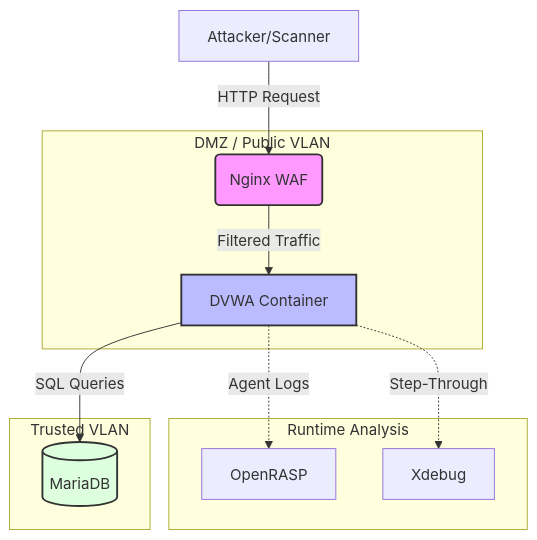
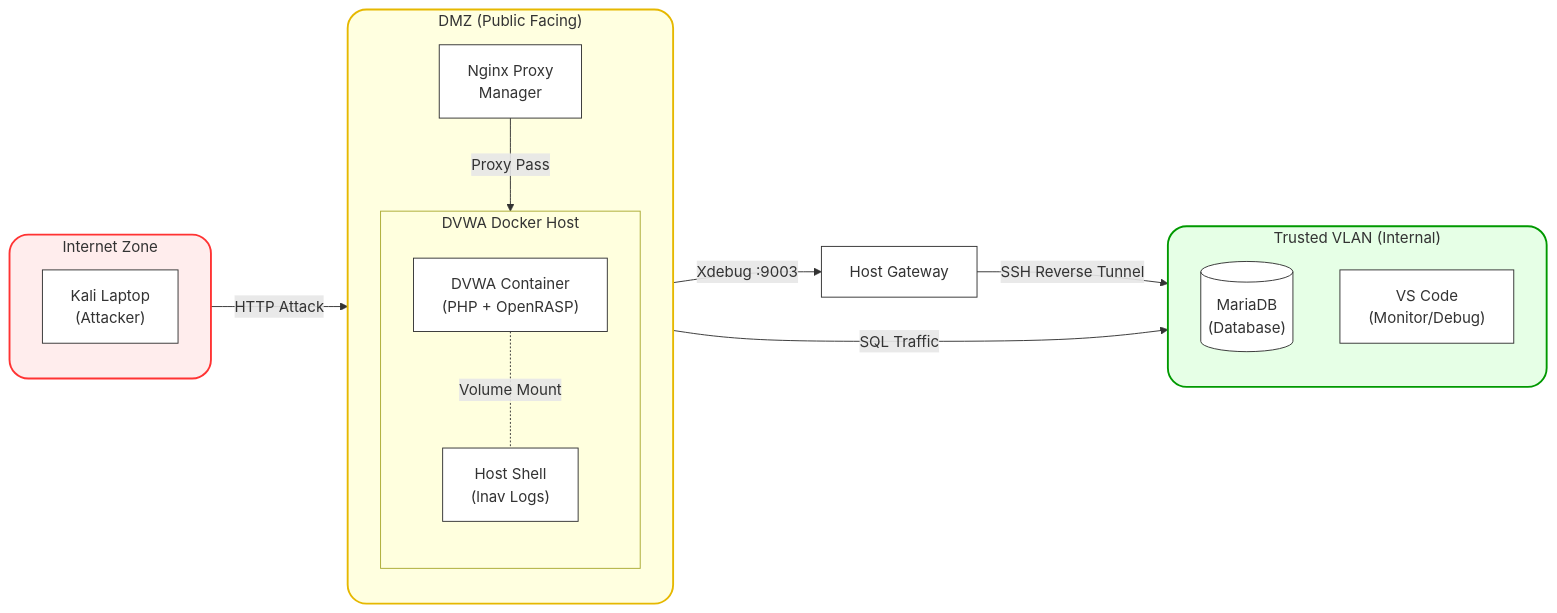
Before and after one commit to coolcalmjoe/SecuringDVWA: the diagram in README.md, drawn with Mermaid. The commit also changed other lines of this file, not shown here.

Commit message:
Revise README with updated project details and technologies
Updated README to reflect new technologies and objectives in the DevSecOps laboratory.

````diff
--- a/README.md
+++ b/README.md
@@ -15,18 +22,49 @@
 ```mermaid
-graph TD
-    User[Attacker/Scanner] -->|HTTP Request| WAF(Nginx WAF)
-    subgraph "DMZ / Public VLAN"
-    WAF -->|Filtered Traffic| App[DVWA Container]
+graph LR
+    %% Zone Styles
+    classDef internet fill:#ffeded,stroke:#ff3333,stroke-width:2px,rx:20,ry:20;
+    classDef dmz fill:#ffffe0,stroke:#e6b800,stroke-width:2px,rx:20,ry:20;
+    classDef trusted fill:#e6ffe6,stroke:#009900,stroke-width:2px,rx:20,ry:20;
+    classDef component fill:#ffffff,stroke:#333,stroke-width:1px;
+
+    %% ZONE: INTERNET
+    subgraph Internet_Zone ["Internet Zone"]
+        direction TB
+        Kali["Kali Laptop<br/>(Attacker)"]:::component
     end
-    subgraph "Runtime Analysis"
-    App -.->|Agent Logs| RASP[OpenRASP]
-    App -.->|Step-Through| Debug[Xdebug]
+
+    %% ZONE: DMZ
+    subgraph DMZ_Zone ["DMZ (Public Facing)"]
+        direction TB
+        NPM["Nginx Proxy<br/>Manager"]:::component
+        
+        subgraph DVWA_Host ["DVWA Docker Host"]
+            direction TB
+            DVWA["DVWA Container<br/>(PHP + OpenRASP)"]:::component
+            HostShell["Host Shell<br/>(lnav Logs)"]:::component
+        end
     end
-    subgraph "Trusted VLAN"
-    App -->|SQL Queries| DB[(MariaDB)]
+
+    %% ZONE: TRUSTED VLAN
+    subgraph Trusted_Zone ["Trusted VLAN (Internal)"]
+        direction TB
+        MariaDB[("MariaDB<br/>(Database)")]:::component
+        VSCode["VS Code<br/>(Monitor/Debug)"]:::component
     end
+
+    %% --- NETWORK FLOWS ---
+    Kali -- "HTTP Attack" --> NPM
+    NPM -- "Proxy Pass" --> DVWA
+
+    DVWA -- "SQL Traffic" --> MariaDB
+    DVWA -. "Volume Mount" .- HostShell
     
-    style WAF fill:#f9f,stroke:#333,stroke-width:2px
-    style App fill:#bbf,stroke:#333,stroke-width:2px
-    style DB fill:#dfd,stroke:#333,stroke-width:2px
+    %% Xdebug Flow
+    DVWA -- "Xdebug :9003" --> HostGateway["Host Gateway"]:::component
+    HostGateway -- "SSH Reverse Tunnel" --> VSCode
+
+    %% Apply Styles
+    class Internet_Zone internet
+    class DMZ_Zone dmz
+    class Trusted_Zone trusted
 ```
````
